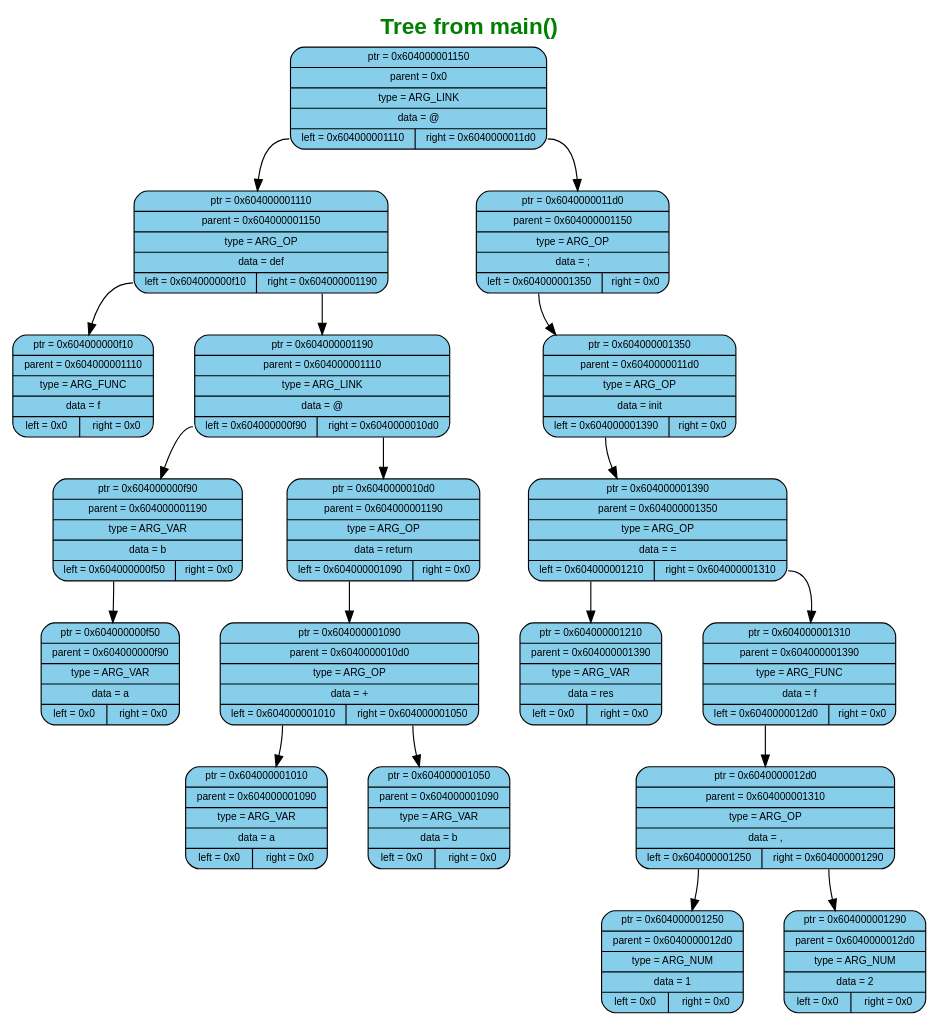
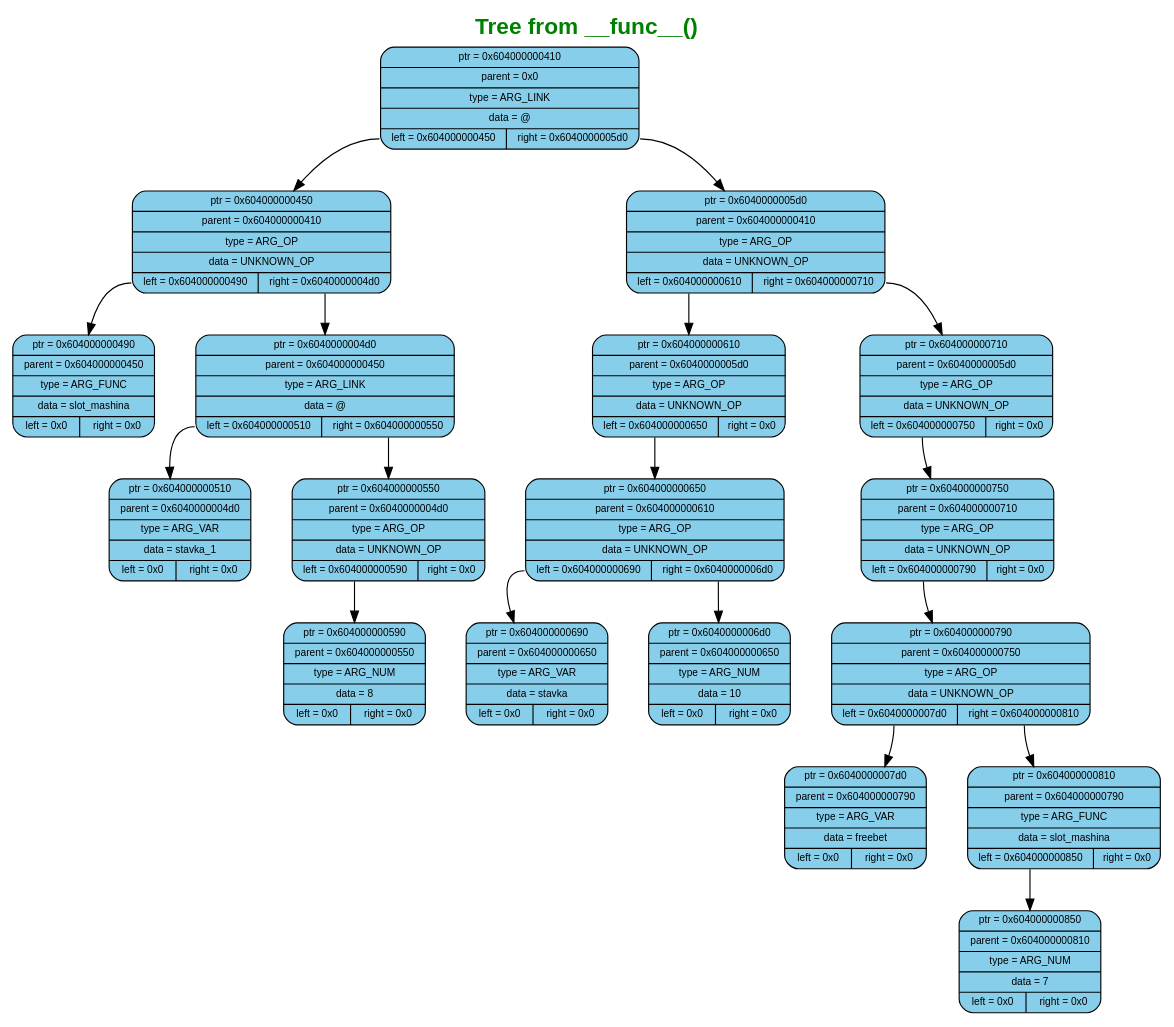
The diagram in reports/trees/tree0/tree.dot (murugov/Language), drawn with Graphviz before and after one commit. The commit also changed 18 other files, not shown here.

```diff
--- a/reports/trees/tree0/tree.dot
+++ b/reports/trees/tree0/tree.dot
@@ -1,49 +1,49 @@
 digraph G {
-	label=<<B>Tree from main()</B>>;
+	label=<<B>Tree from __func__()</B>>;
 	fontcolor="#008000";
 	fontname="Arial";
 	labelloc="top";
 	labeljust="center";
 	fontsize=20;
 	rankdir=TB;
 	center=true;
 	nodesep=0.5;
 	ranksep=0.5;
 	node[fontsize=9, shape=box, width=0.7, height=0.4, style="filled, rounded", fontname="Arial"];
 
-	n0 [shape=record, label="{ptr = 0x604000001150 | parent = 0x0 | type = ARG_LINK | data = @ | {<left> left = 0x604000001110 | <right> right = 0x6040000011d0}}", fillcolor="#87CEEB", color="black"]
-	n1 [shape=record, label="{ptr = 0x604000001110 | parent = 0x604000001150 | type = ARG_OP | data = def | {<left> left = 0x604000000f10 | <right> right = 0x604000001190}}", fillcolor="#87CEEB", color="black"]
+	n0 [shape=record, label="{ptr = 0x604000000410 | parent = 0x0 | type = ARG_LINK | data = @ | {<left> left = 0x604000000450 | <right> right = 0x6040000005d0}}", fillcolor="#87CEEB", color="black"]
+	n1 [shape=record, label="{ptr = 0x604000000450 | parent = 0x604000000410 | type = ARG_OP | data = UNKNOWN_OP | {<left> left = 0x604000000490 | <right> right = 0x6040000004d0}}", fillcolor="#87CEEB", color="black"]
 	n0:left -> n1
-	n2 [shape=record, label="{ptr = 0x6040000011d0 | parent = 0x604000001150 | type = ARG_OP | data = ; | {<left> left = 0x604000001350 | <right> right = 0x0}}", fillcolor="#87CEEB", color="black"]
+	n2 [shape=record, label="{ptr = 0x6040000005d0 | parent = 0x604000000410 | type = ARG_OP | data = UNKNOWN_OP | {<left> left = 0x604000000610 | <right> right = 0x604000000710}}", fillcolor="#87CEEB", color="black"]
 	n0:right -> n2
-	n3 [shape=record, label="{ptr = 0x604000001350 | parent = 0x6040000011d0 | type = ARG_OP | data = init | {<left> left = 0x604000001390 | <right> right = 0x0}}", fillcolor="#87CEEB", color="black"]
+	n3 [shape=record, label="{ptr = 0x604000000610 | parent = 0x6040000005d0 | type = ARG_OP | data = UNKNOWN_OP | {<left> left = 0x604000000650 | <right> right = 0x0}}", fillcolor="#87CEEB", color="black"]
 	n2:left -> n3
-	n4 [shape=record, label="{ptr = 0x604000001390 | parent = 0x604000001350 | type = ARG_OP | data = = | {<left> left = 0x604000001210 | <right> right = 0x604000001310}}", fillcolor="#87CEEB", color="black"]
-	n3:left -> n4
-	n5 [shape=record, label="{ptr = 0x604000001210 | parent = 0x604000001390 | type = ARG_VAR | data = res | {<left> left = 0x0 | <right> right = 0x0}}", fillcolor="#87CEEB", color="black"]
+	n4 [shape=record, label="{ptr = 0x604000000710 | parent = 0x6040000005d0 | type = ARG_OP | data = UNKNOWN_OP | {<left> left = 0x604000000750 | <right> right = 0x0}}", fillcolor="#87CEEB", color="black"]
+	n2:right -> n4
+	n5 [shape=record, label="{ptr = 0x604000000750 | parent = 0x604000000710 | type = ARG_OP | data = UNKNOWN_OP | {<left> left = 0x604000000790 | <right> right = 0x0}}", fillcolor="#87CEEB", color="black"]
 	n4:left -> n5
-	n6 [shape=record, label="{ptr = 0x604000001310 | parent = 0x604000001390 | type = ARG_FUNC | data = f | {<left> left = 0x6040000012d0 | <right> right = 0x0}}", fillcolor="#87CEEB", color="black"]
-	n4:right -> n6
-	n7 [shape=record, label="{ptr = 0x6040000012d0 | parent = 0x604000001310 | type = ARG_OP | data = , | {<left> left = 0x604000001250 | <right> right = 0x604000001290}}", fillcolor="#87CEEB", color="black"]
+	n6 [shape=record, label="{ptr = 0x604000000790 | parent = 0x604000000750 | type = ARG_OP | data = UNKNOWN_OP | {<left> left = 0x6040000007d0 | <right> right = 0x604000000810}}", fillcolor="#87CEEB", color="black"]
+	n5:left -> n6
+	n7 [shape=record, label="{ptr = 0x6040000007d0 | parent = 0x604000000790 | type = ARG_VAR | data = freebet | {<left> left = 0x0 | <right> right = 0x0}}", fillcolor="#87CEEB", color="black"]
 	n6:left -> n7
-	n8 [shape=record, label="{ptr = 0x604000001250 | parent = 0x6040000012d0 | type = ARG_NUM | data = 1 | {<left> left = 0x0 | <right> right = 0x0}}", fillcolor="#87CEEB", color="black"]
-	n7:left -> n8
-	n9 [shape=record, label="{ptr = 0x604000001290 | parent = 0x6040000012d0 | type = ARG_NUM | data = 2 | {<left> left = 0x0 | <right> right = 0x0}}", fillcolor="#87CEEB", color="black"]
-	n7:right -> n9
-	n10 [shape=record, label="{ptr = 0x604000000f10 | parent = 0x604000001110 | type = ARG_FUNC | data = f | {<left> left = 0x0 | <right> right = 0x0}}", fillcolor="#87CEEB", color="black"]
-	n1:left -> n10
-	n11 [shape=record, label="{ptr = 0x604000001190 | parent = 0x604000001110 | type = ARG_LINK | data = @ | {<left> left = 0x604000000f90 | <right> right = 0x6040000010d0}}", fillcolor="#87CEEB", color="black"]
-	n1:right -> n11
-	n12 [shape=record, label="{ptr = 0x604000000f90 | parent = 0x604000001190 | type = ARG_VAR | data = b | {<left> left = 0x604000000f50 | <right> right = 0x0}}", fillcolor="#87CEEB", color="black"]
-	n11:left -> n12
-	n13 [shape=record, label="{ptr = 0x6040000010d0 | parent = 0x604000001190 | type = ARG_OP | data = return | {<left> left = 0x604000001090 | <right> right = 0x0}}", fillcolor="#87CEEB", color="black"]
-	n11:right -> n13
-	n14 [shape=record, label="{ptr = 0x604000001090 | parent = 0x6040000010d0 | type = ARG_OP | data = + | {<left> left = 0x604000001010 | <right> right = 0x604000001050}}", fillcolor="#87CEEB", color="black"]
-	n13:left -> n14
-	n15 [shape=record, label="{ptr = 0x604000001010 | parent = 0x604000001090 | type = ARG_VAR | data = a | {<left> left = 0x0 | <right> right = 0x0}}", fillcolor="#87CEEB", color="black"]
+	n8 [shape=record, label="{ptr = 0x604000000810 | parent = 0x604000000790 | type = ARG_FUNC | data = slot_mashina | {<left> left = 0x604000000850 | <right> right = 0x0}}", fillcolor="#87CEEB", color="black"]
+	n6:right -> n8
+	n9 [shape=record, label="{ptr = 0x604000000850 | parent = 0x604000000810 | type = ARG_NUM | data = 7 | {<left> left = 0x0 | <right> right = 0x0}}", fillcolor="#87CEEB", color="black"]
+	n8:left -> n9
+	n10 [shape=record, label="{ptr = 0x604000000650 | parent = 0x604000000610 | type = ARG_OP | data = UNKNOWN_OP | {<left> left = 0x604000000690 | <right> right = 0x6040000006d0}}", fillcolor="#87CEEB", color="black"]
+	n3:left -> n10
+	n11 [shape=record, label="{ptr = 0x604000000690 | parent = 0x604000000650 | type = ARG_VAR | data = stavka | {<left> left = 0x0 | <right> right = 0x0}}", fillcolor="#87CEEB", color="black"]
+	n10:left -> n11
+	n12 [shape=record, label="{ptr = 0x6040000006d0 | parent = 0x604000000650 | type = ARG_NUM | data = 10 | {<left> left = 0x0 | <right> right = 0x0}}", fillcolor="#87CEEB", color="black"]
+	n10:right -> n12
+	n13 [shape=record, label="{ptr = 0x604000000490 | parent = 0x604000000450 | type = ARG_FUNC | data = slot_mashina | {<left> left = 0x0 | <right> right = 0x0}}", fillcolor="#87CEEB", color="black"]
+	n1:left -> n13
+	n14 [shape=record, label="{ptr = 0x6040000004d0 | parent = 0x604000000450 | type = ARG_LINK | data = @ | {<left> left = 0x604000000510 | <right> right = 0x604000000550}}", fillcolor="#87CEEB", color="black"]
+	n1:right -> n14
+	n15 [shape=record, label="{ptr = 0x604000000510 | parent = 0x6040000004d0 | type = ARG_VAR | data = stavka_1 | {<left> left = 0x0 | <right> right = 0x0}}", fillcolor="#87CEEB", color="black"]
 	n14:left -> n15
-	n16 [shape=record, label="{ptr = 0x604000001050 | parent = 0x604000001090 | type = ARG_VAR | data = b | {<left> left = 0x0 | <right> right = 0x0}}", fillcolor="#87CEEB", color="black"]
+	n16 [shape=record, label="{ptr = 0x604000000550 | parent = 0x6040000004d0 | type = ARG_OP | data = UNKNOWN_OP | {<left> left = 0x604000000590 | <right> right = 0x0}}", fillcolor="#87CEEB", color="black"]
 	n14:right -> n16
-	n17 [shape=record, label="{ptr = 0x604000000f50 | parent = 0x604000000f90 | type = ARG_VAR | data = a | {<left> left = 0x0 | <right> right = 0x0}}", fillcolor="#87CEEB", color="black"]
-	n12:left -> n17
+	n17 [shape=record, label="{ptr = 0x604000000590 | parent = 0x604000000550 | type = ARG_NUM | data = 8 | {<left> left = 0x0 | <right> right = 0x0}}", fillcolor="#87CEEB", color="black"]
+	n16:left -> n17
 }
```
